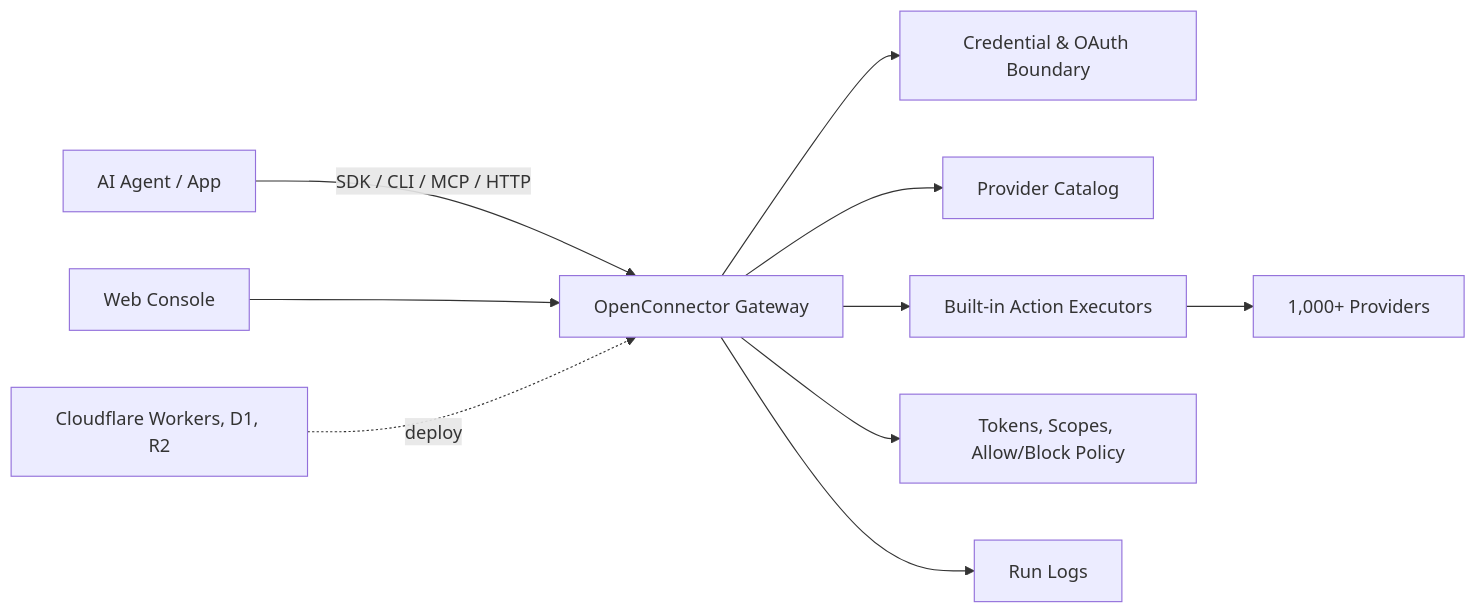
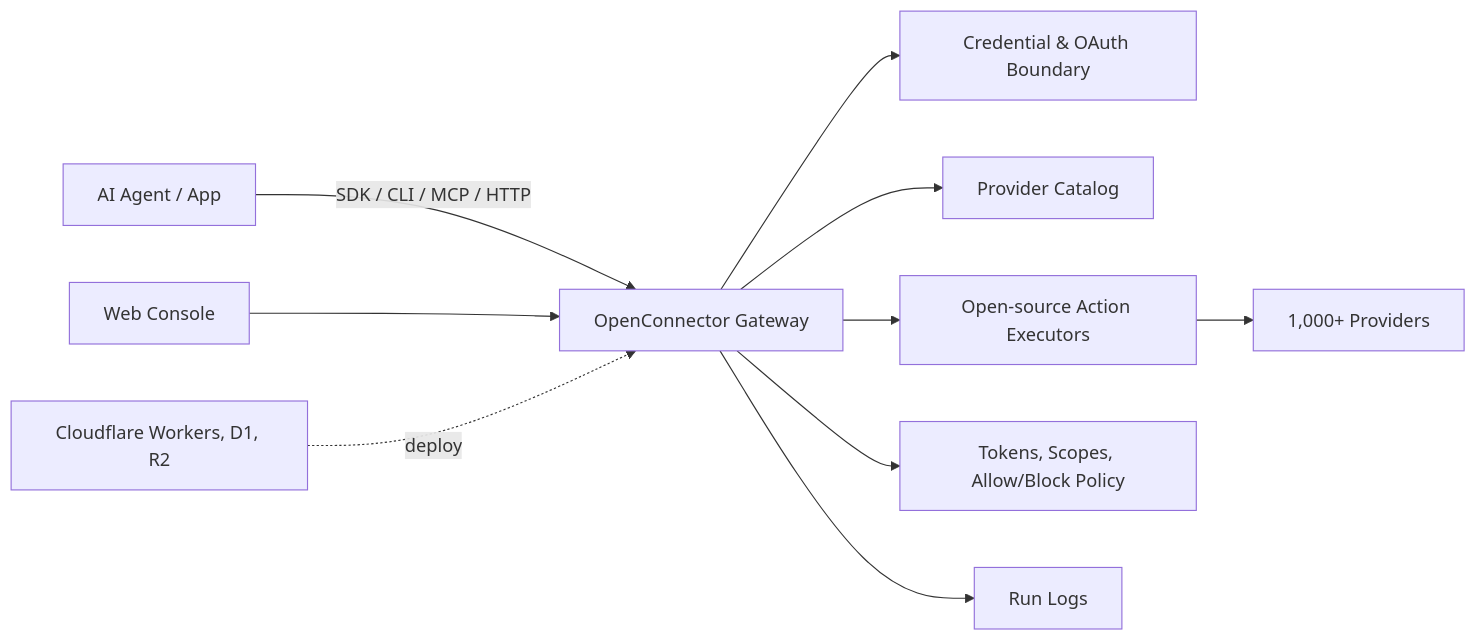
Before and after one commit to oomol-lab/open-connector: the diagram in README.md, drawn with Mermaid. The commit also changed other lines of this file and 18 other files, not shown here.

````diff
--- a/README.md
+++ b/README.md
@@ -111,12 +111,12 @@
 ```mermaid
 flowchart LR
   Agent["AI Agent / App"] -->|"SDK / CLI / MCP / HTTP"| Gateway["OpenConnector Gateway"]
   Gateway --> Auth["Credential & OAuth Boundary"]
   Gateway --> Catalog["Provider Catalog"]
-  Gateway --> Actions["Built-in Action Executors"]
+  Gateway --> Actions["Open-source Action Executors"]
   Gateway --> Policy["Tokens, Scopes, Allow/Block Policy"]
   Gateway --> Logs["Run Logs"]
   Actions --> Providers["1,000+ Providers"]
   Console["Web Console"] --> Gateway
   Cloudflare["Cloudflare Workers, D1, R2"] -. deploy .-> Gateway
 ```
````
